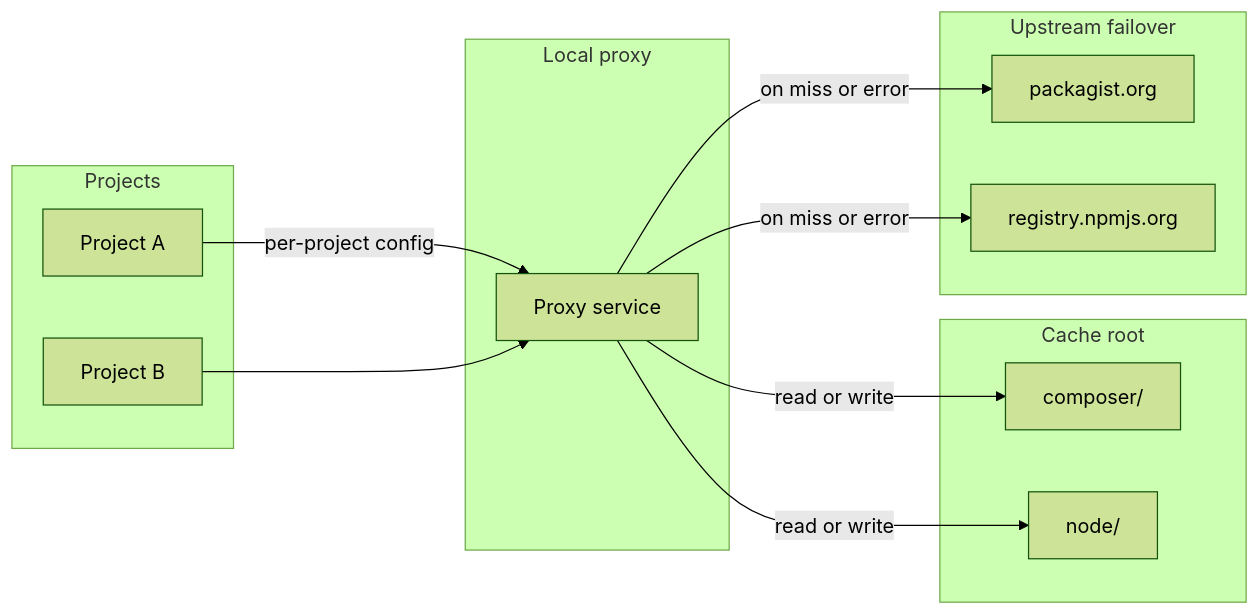
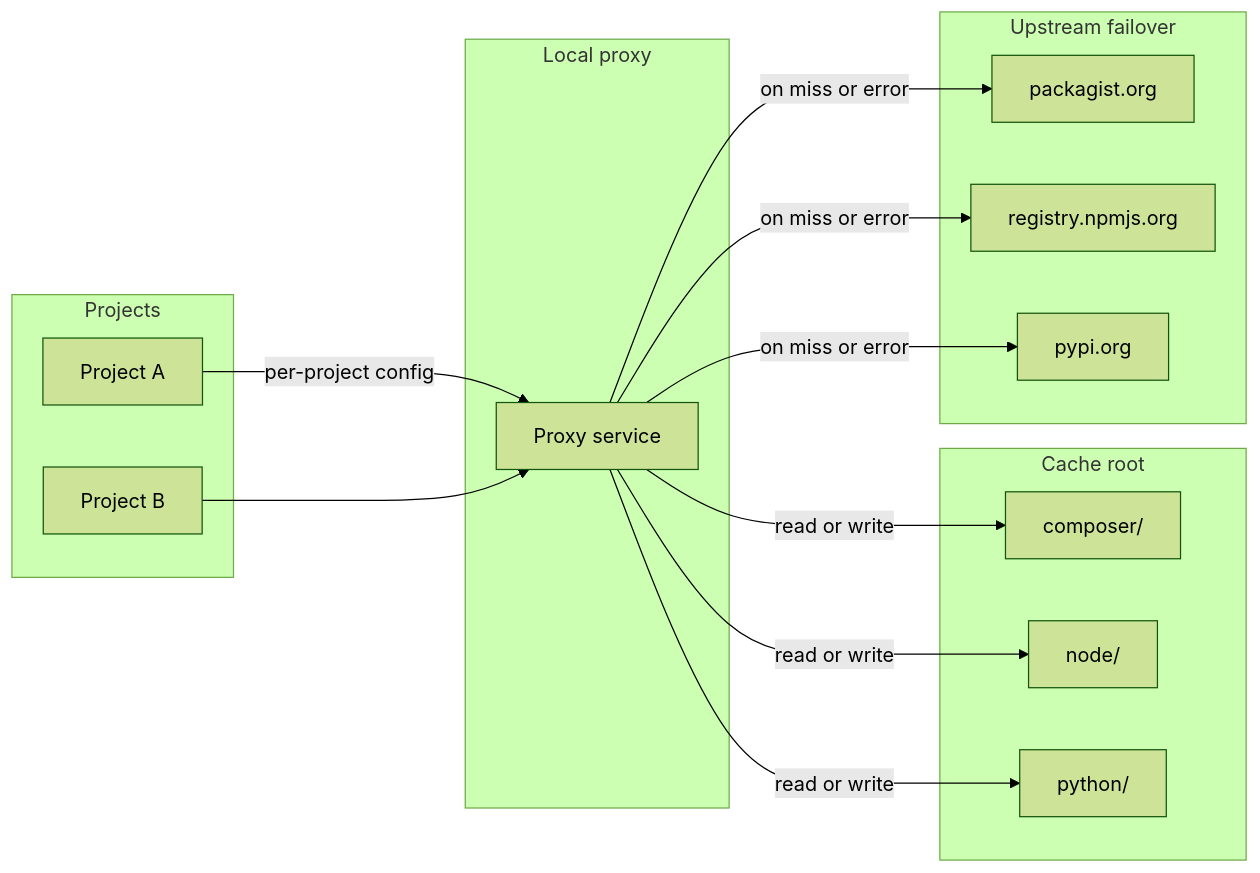
One commit to chkltlabs/composer-cache changed the first of 2 diagrams in docs/ARCHITECTURE.md. Above: the diagram before and after it, drawn with Mermaid (forest theme). The commit also changed other lines of this file and 15 other files, not shown here.

````diff
--- a/docs/ARCHITECTURE.md
+++ b/docs/ARCHITECTURE.md
@@ -18,28 +18,32 @@
 ```mermaid
 flowchart LR
   subgraph projects [Projects]
     ProjA[Project A]
     ProjB[Project B]
   end
 
   subgraph proxy [Local proxy]
     Proxy[Proxy service]
   end
 
   subgraph cache [Cache root]
     ComposerCache[composer/]
     NpmCache[node/]
+    PythonCache[python/]
   end
 
   subgraph upstream [Upstream failover]
     Packagist[packagist.org]
     NpmReg[registry.npmjs.org]
+    PyPI[pypi.org]
   end
 
   ProjA -->|per-project config| Proxy
   ProjB --> Proxy
   Proxy -->|read or write| ComposerCache
   Proxy -->|read or write| NpmCache
+  Proxy -->|read or write| PythonCache
   Proxy -->|on miss or error| Packagist
   Proxy -->|on miss or error| NpmReg
+  Proxy -->|on miss or error| PyPI
 ```
````
